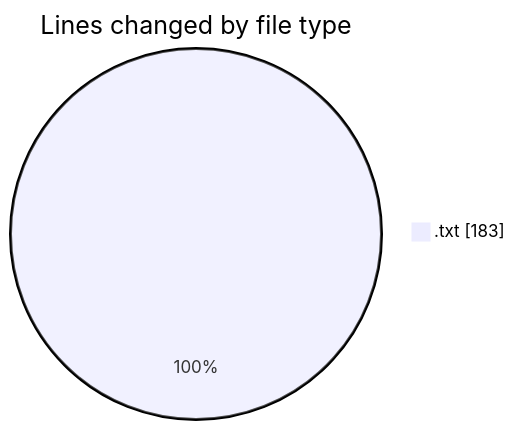
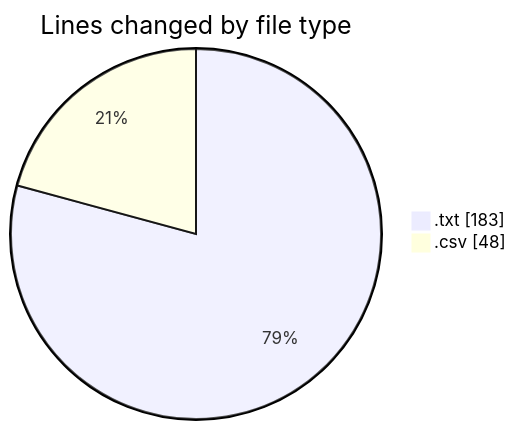
Before and after one commit to ricardozamudiocil/code-tracking: the first of 2 diagrams in 2026-09-15/cilwebcustomercomunication/README.md, drawn with Mermaid. The commit also changed other lines of this file and 1 other file, not shown here.

````diff
--- a/2026-09-15/cilwebcustomercomunication/README.md
+++ b/2026-09-15/cilwebcustomercomunication/README.md
@@ -20,5 +21,6 @@
 ```mermaid
 pie showData
 title Lines changed by file type
 ".txt" : 183
+".csv" : 48
 ```
````
